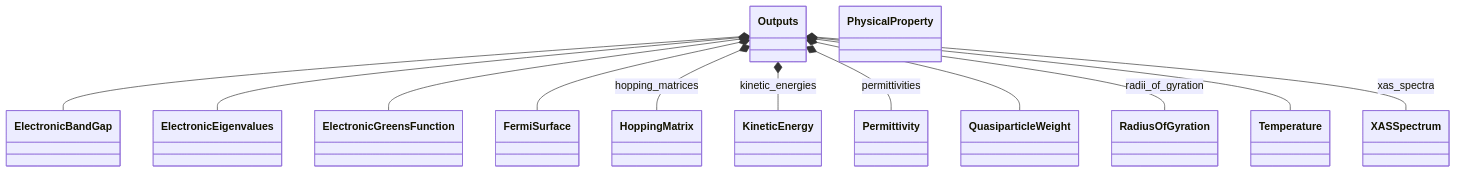
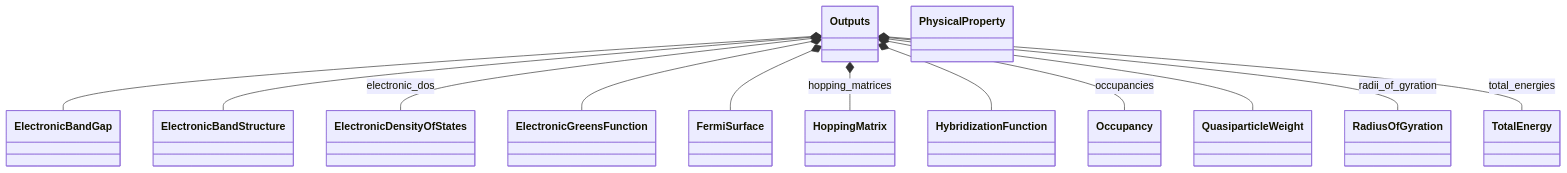
One commit to FAIRmat-NFDI/nomad-simulations changed the second of 2 diagrams in docs/schema/outputs.diagram.md. Above: the diagram before and after it, drawn with Mermaid. The commit also changed 18 other files, not shown here.

Commit message:
add specialized workflow methods and results for diagram consistency, and later extension

````diff
--- a/docs/schema/outputs.diagram.md
+++ b/docs/schema/outputs.diagram.md
@@ -68,40 +68,40 @@
 ```mermaid
 classDiagram
     class ElectronicBandGap {
     }
-    class ElectronicEigenvalues {
+    class ElectronicBandStructure {
+    }
+    class ElectronicDensityOfStates {
     }
     class ElectronicGreensFunction {
     }
     class FermiSurface {
     }
     class HoppingMatrix {
     }
-    class KineticEnergy {
+    class HybridizationFunction {
+    }
+    class Occupancy {
     }
     class Outputs {
-    }
-    class Permittivity {
     }
     class PhysicalProperty {
     }
     class QuasiparticleWeight {
     }
     class RadiusOfGyration {
     }
-    class Temperature {
-    }
-    class XASSpectrum {
+    class TotalEnergy {
     }
     Outputs *-- ElectronicBandGap
-    Outputs *-- ElectronicEigenvalues
+    Outputs *-- ElectronicBandStructure
+    Outputs *-- ElectronicDensityOfStates : electronic_dos
     Outputs *-- ElectronicGreensFunction
     Outputs *-- FermiSurface
     Outputs *-- HoppingMatrix : hopping_matrices
-    Outputs *-- KineticEnergy : kinetic_energies
-    Outputs *-- Permittivity : permittivities
+    Outputs *-- HybridizationFunction
+    Outputs *-- Occupancy : occupancies
     Outputs *-- QuasiparticleWeight
     Outputs *-- RadiusOfGyration : radii_of_gyration
-    Outputs *-- Temperature
-    Outputs *-- XASSpectrum : xas_spectra
+    Outputs *-- TotalEnergy : total_energies
 ```
````
